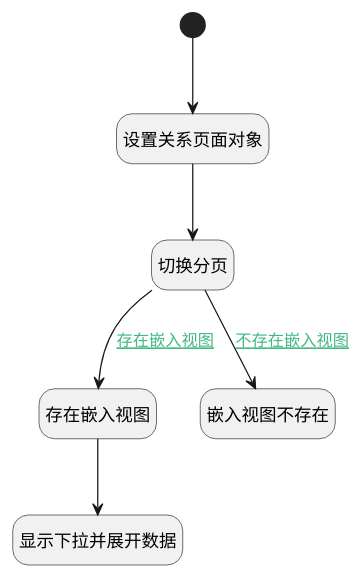
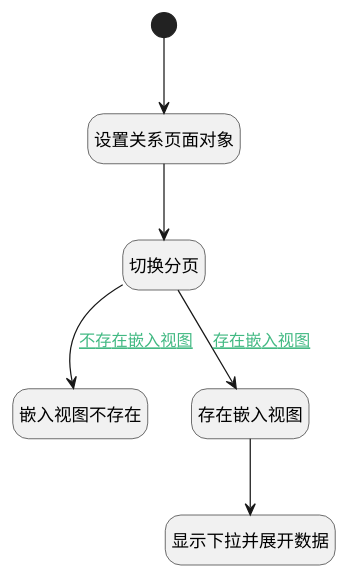
Before and after one commit to iBizLab/plm: the diagram in doc/docsify/module/ProdMgmt/idea/uilogic/toolbar_link_idea.md, drawn with PlantUML. The commit also changed other lines of this file and 1276 other files, not shown here.

````diff
--- a/doc/docsify/module/ProdMgmt/idea/uilogic/toolbar_link_idea.md
+++ b/doc/docsify/module/ProdMgmt/idea/uilogic/toolbar_link_idea.md
@@ -7,27 +7,27 @@
 ```plantuml
 @startuml
 hide footbox
 <style>
 root {
   HyperlinkColor #42b983
 }
 </style>
 
 hide empty description
 state "开始" as Begin <<start>> [[$./toolbar_link_idea#begin {开始}]]
+state "嵌入视图不存在" as RAWJSCODE2  [[$./toolbar_link_idea#rawjscode2 {嵌入视图不存在}]]
+state "切换分页" as RAWJSCODE1  [[$./toolbar_link_idea#rawjscode1 {切换分页}]]
+state "设置关系页面对象" as PREPAREJSPARAM2  [[$./toolbar_link_idea#preparejsparam2 {设置关系页面对象}]]
+state "显示下拉并展开数据" as DEUIACTION1  [[$./toolbar_link_idea#deuiaction1 {显示下拉并展开数据}]]
 state "存在嵌入视图" as PREPAREJSPARAM1  [[$./toolbar_link_idea#preparejsparam1 {存在嵌入视图}]]
-state "嵌入视图不存在" as RAWJSCODE2  [[$./toolbar_link_idea#rawjscode2 {嵌入视图不存在}]]
-state "显示下拉并展开数据" as DEUIACTION1  [[$./toolbar_link_idea#deuiaction1 {显示下拉并展开数据}]]
-state "设置关系页面对象" as PREPAREJSPARAM2  [[$./toolbar_link_idea#preparejsparam2 {设置关系页面对象}]]
-state "切换分页" as RAWJSCODE1  [[$./toolbar_link_idea#rawjscode1 {切换分页}]]
 
 
 Begin --> PREPAREJSPARAM2
 PREPAREJSPARAM2 --> RAWJSCODE1
 RAWJSCODE1 --> PREPAREJSPARAM1 : [[$./toolbar_link_idea#rawjscode1-preparejsparam1{存在嵌入视图} 存在嵌入视图]]
 PREPAREJSPARAM1 --> DEUIACTION1
 RAWJSCODE1 --> RAWJSCODE2 : [[$./toolbar_link_idea#rawjscode1-rawjscode2{不存在嵌入视图} 不存在嵌入视图]]
 
 
 @enduml
 ```
````
